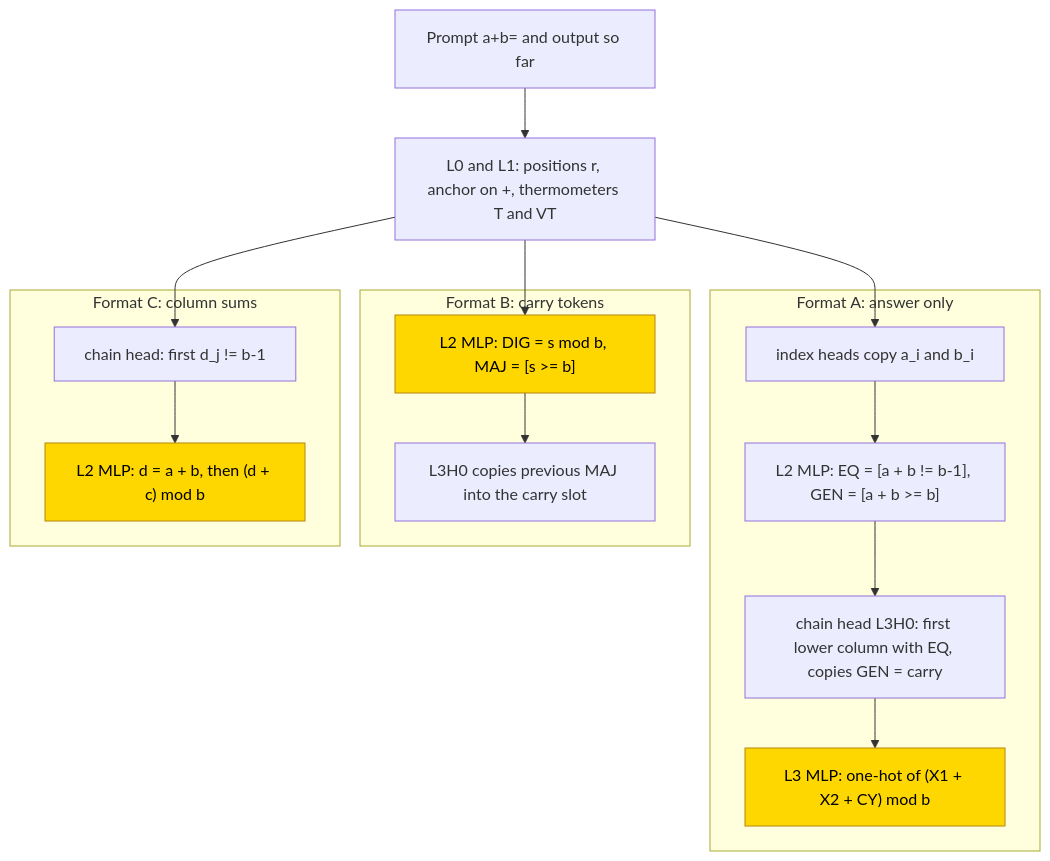
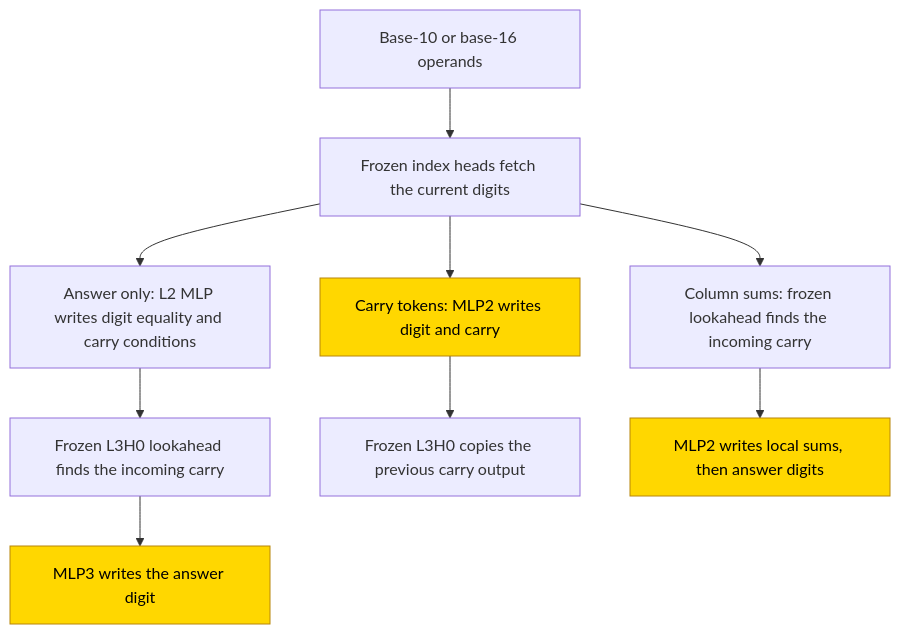
One commit to jc1122/mechanistic-interpretability-circuit-atlas changed the first of 2 diagrams in entries/decimal-hex-addition.md. Above: the diagram before and after it, drawn with Mermaid. The commit also changed other lines of this file and 54 other files, not shown here.

````diff
--- a/entries/decimal-hex-addition.md
+++ b/entries/decimal-hex-addition.md
@@ -97,20 +94,13 @@
 ```mermaid
 flowchart TD
-    P["Prompt a+b= and output so far"] --> POS["L0 and L1: positions r, anchor on +, thermometers T and VT"]
-    subgraph FA["Format A: answer only"]
-        A1["index heads copy a_i and b_i"] --> A2["L2 MLP: EQ = [a + b != b-1], GEN = [a + b >= b]"]
-        A2 --> A3["chain head L3H0: first lower column with EQ, copies GEN = carry"]
-        A3 --> A4["L3 MLP: one-hot of (X1 + X2 + CY) mod b"]
-    end
-    subgraph FB["Format B: carry tokens"]
-        B1["L2 MLP: DIG = s mod b, MAJ = [s >= b]"] --> B2["L3H0 copies previous MAJ into the carry slot"]
-    end
-    subgraph FC["Format C: column sums"]
-        C1["chain head: first d_j != b-1"] --> C2["L2 MLP: d = a + b, then (d + c) mod b"]
-    end
-    POS --> A1
-    POS --> B1
-    POS --> C1
+    P["Base-10 or base-16 operands"] --> F["Frozen index heads fetch the current digits"]
+    F --> A["Answer only: L2 MLP writes digit equality and carry conditions"]
+    A --> L["Frozen L3H0 lookahead finds the incoming carry"]
+    L --> AM["MLP3 writes the answer digit"]
+    F --> BM["Carry tokens: MLP2 writes digit and carry"]
+    BM --> R["Frozen L3H0 copies the previous carry output"]
+    F --> CL["Column sums: frozen lookahead finds the incoming carry"]
+    CL --> CM["MLP2 writes local sums, then answer digits"]
     classDef trained fill:gold,stroke:darkgoldenrod,color:black
-    class A4,B1,C2 trained
+    class AM,BM,CM trained
 ```
````
